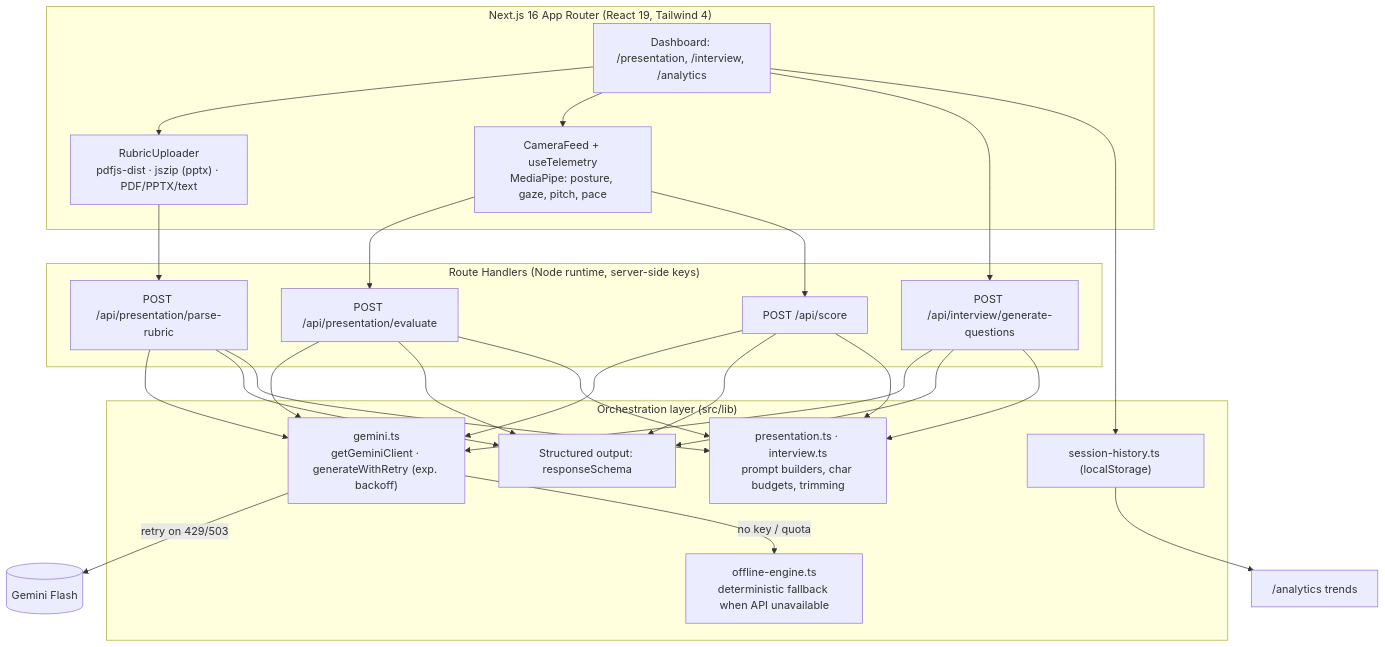
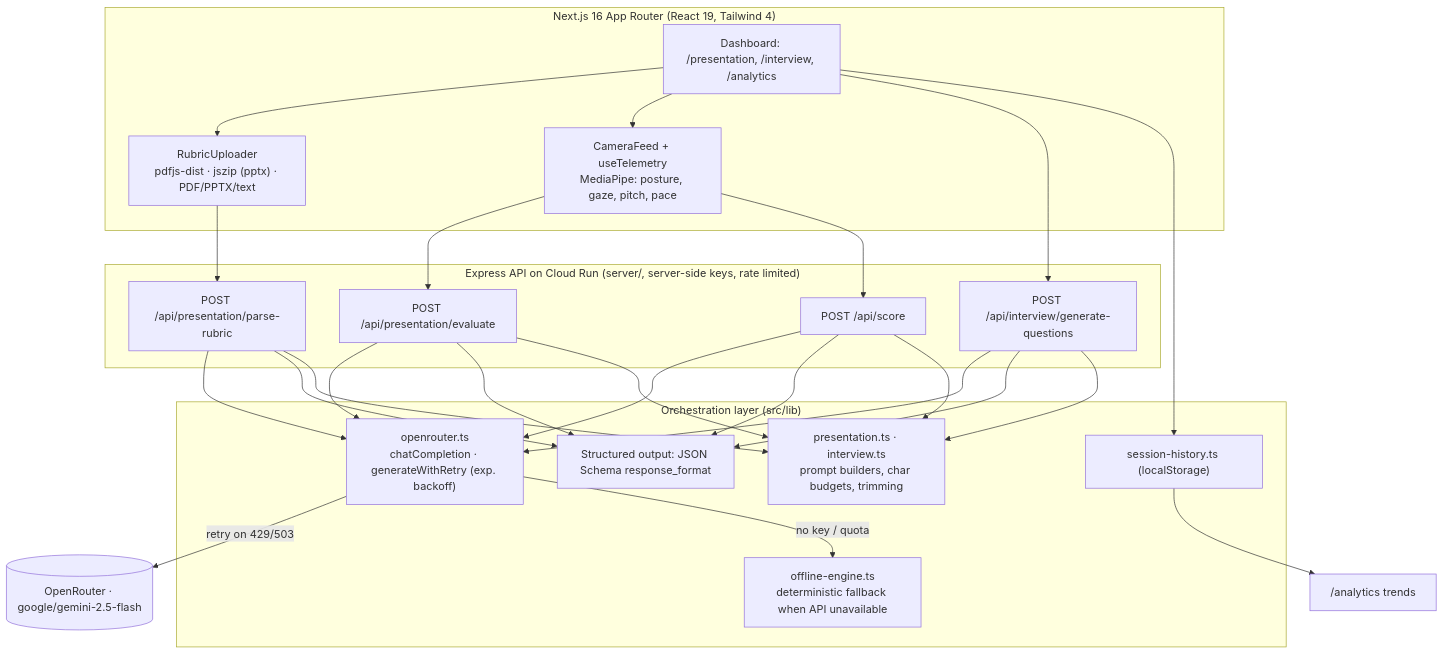
The diagram in README.md (smubia-projects/ail-ay2627-s1-dhee-pitch-perfect), drawn with Mermaid before and after one commit. The commit also changed other lines of this file, not shown here.

Commit message:
docs: describe the Vercel + Cloud Run layout, OpenRouter setup and rate limiting

````diff
--- a/README.md
+++ b/README.md
@@ -25,34 +25,34 @@
 ```mermaid
 flowchart TD
     subgraph Client["Next.js 16 App Router (React 19, Tailwind 4)"]
         UI["Dashboard: /presentation, /interview, /analytics"]
         Cam["CameraFeed + useTelemetry<br/>MediaPipe: posture, gaze, pitch, pace"]
         Up["RubricUploader<br/>pdfjs-dist · jszip (pptx) · PDF/PPTX/text"]
     end
 
-    subgraph API["Route Handlers (Node runtime, server-side keys)"]
+    subgraph API["Express API on Cloud Run (server/, server-side keys, rate limited)"]
         R1["POST /api/presentation/parse-rubric"]
         R2["POST /api/presentation/evaluate"]
         R3["POST /api/interview/generate-questions"]
         R4["POST /api/score"]
     end
 
     subgraph Core["Orchestration layer (src/lib)"]
-        G["gemini.ts<br/>getGeminiClient · generateWithRetry (exp. backoff)"]
-        S["Structured output: responseSchema"]
+        G["openrouter.ts<br/>chatCompletion · generateWithRetry (exp. backoff)"]
+        S["Structured output: JSON Schema response_format"]
         P["presentation.ts · interview.ts<br/>prompt builders, char budgets, trimming"]
         OFF["offline-engine.ts<br/>deterministic fallback when API unavailable"]
         H["session-history.ts (localStorage)"]
     end
 
     UI --> Up --> R1
     UI --> Cam --> R2
     Cam --> R4
     UI --> R3
     R1 & R2 & R3 & R4 --> G
-    G -->|retry on 429/503| Gemini[("Gemini Flash")]
+    G -->|retry on 429/503| LLM[("OpenRouter · google/gemini-2.5-flash")]
     G -->|no key / quota| OFF
     R1 & R2 & R3 & R4 --> S
     R1 & R2 & R3 & R4 --> P
     UI --> H --> Analytics["/analytics trends"]
 ```
````
